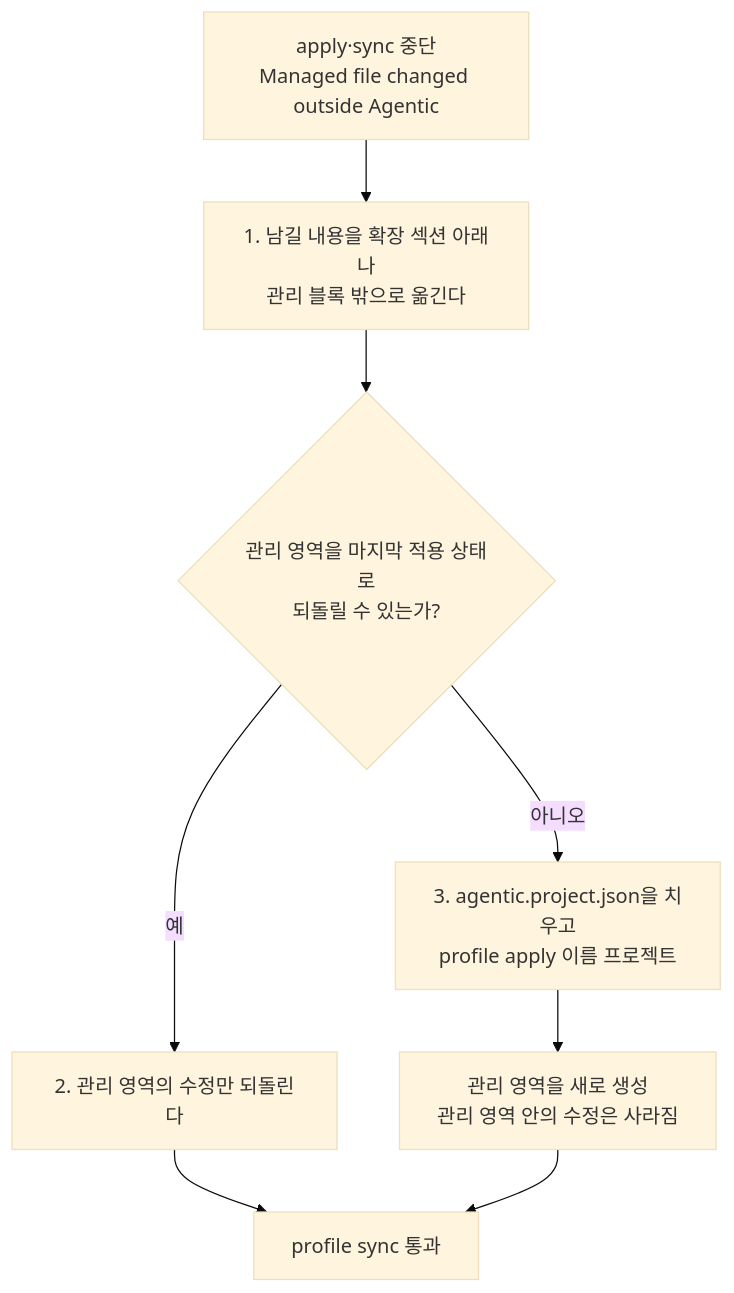
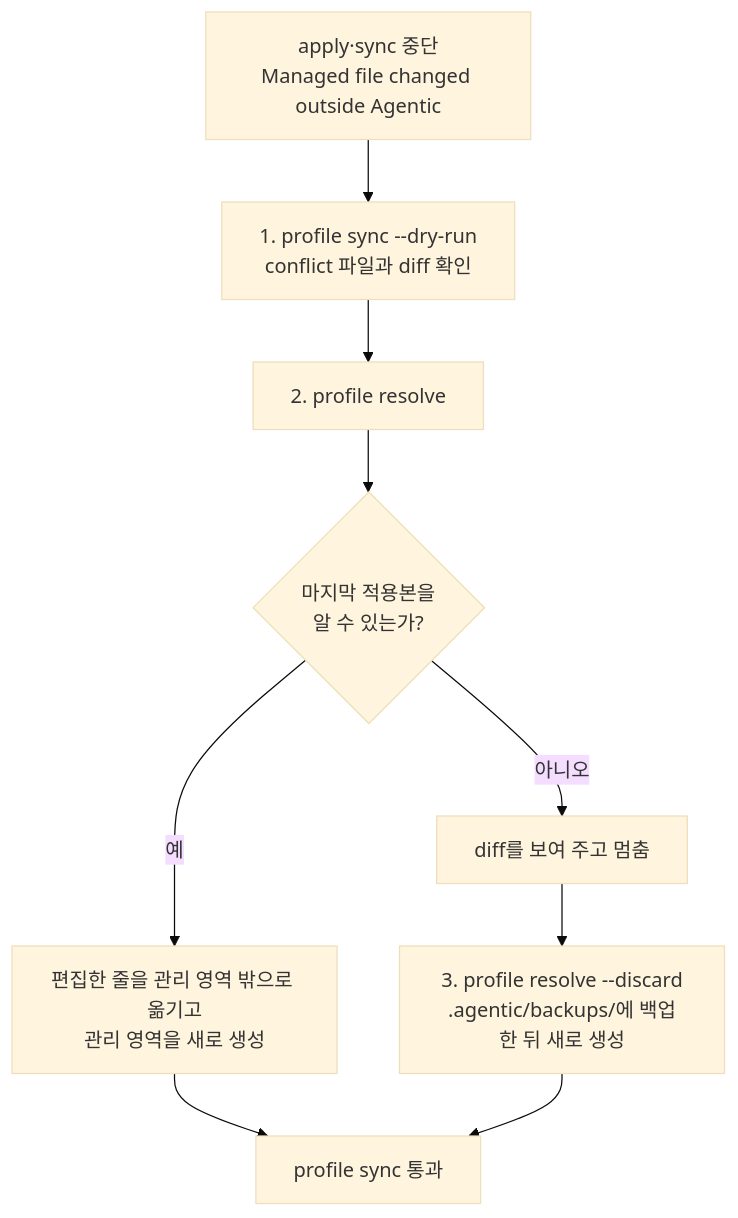
One commit to IsthisLee/agent-context-manager changed the third of 3 diagrams in docs/usage-guide.md. Above: the diagram before and after it, drawn with Mermaid (base theme). The commit also changed other lines of this file and 13 other files, not shown here.

````diff
--- a/docs/usage-guide.md
+++ b/docs/usage-guide.md
@@ -171,10 +173,11 @@
 ```mermaid
 flowchart TD
-  STOP["apply·sync 중단<br/>Managed file changed outside Agentic"] --> KEEP["1. 남길 내용을 확장 섹션 아래나<br/>관리 블록 밖으로 옮긴다"]
-  KEEP --> Q{"관리 영역을 마지막 적용 상태로<br/>되돌릴 수 있는가?"}
-  Q -->|"예"| REVERT["2. 관리 영역의 수정만 되돌린다"]
-  REVERT --> OK["profile sync 통과"]
-  Q -->|"아니오"| RESET["3. agentic.project.json을 치우고<br/>profile apply 이름 프로젝트"]
-  RESET --> REGEN["관리 영역을 새로 생성<br/>관리 영역 안의 수정은 사라짐"]
-  REGEN --> OK
+  STOP["apply·sync 중단<br/>Managed file changed outside Agentic"] --> SEE["1. profile sync --dry-run<br/>conflict 파일과 diff 확인"]
+  SEE --> RESOLVE["2. profile resolve"]
+  RESOLVE --> Q{"마지막 적용본을<br/>알 수 있는가?"}
+  Q -->|"예"| MOVE["편집한 줄을 관리 영역 밖으로 옮기고<br/>관리 영역을 새로 생성"]
+  Q -->|"아니오"| HALT["diff를 보여 주고 멈춤"]
+  HALT --> DISCARD["3. profile resolve --discard<br/>.agentic/backups/에 백업한 뒤 새로 생성"]
+  MOVE --> OK["profile sync 통과"]
+  DISCARD --> OK
 ```
````
